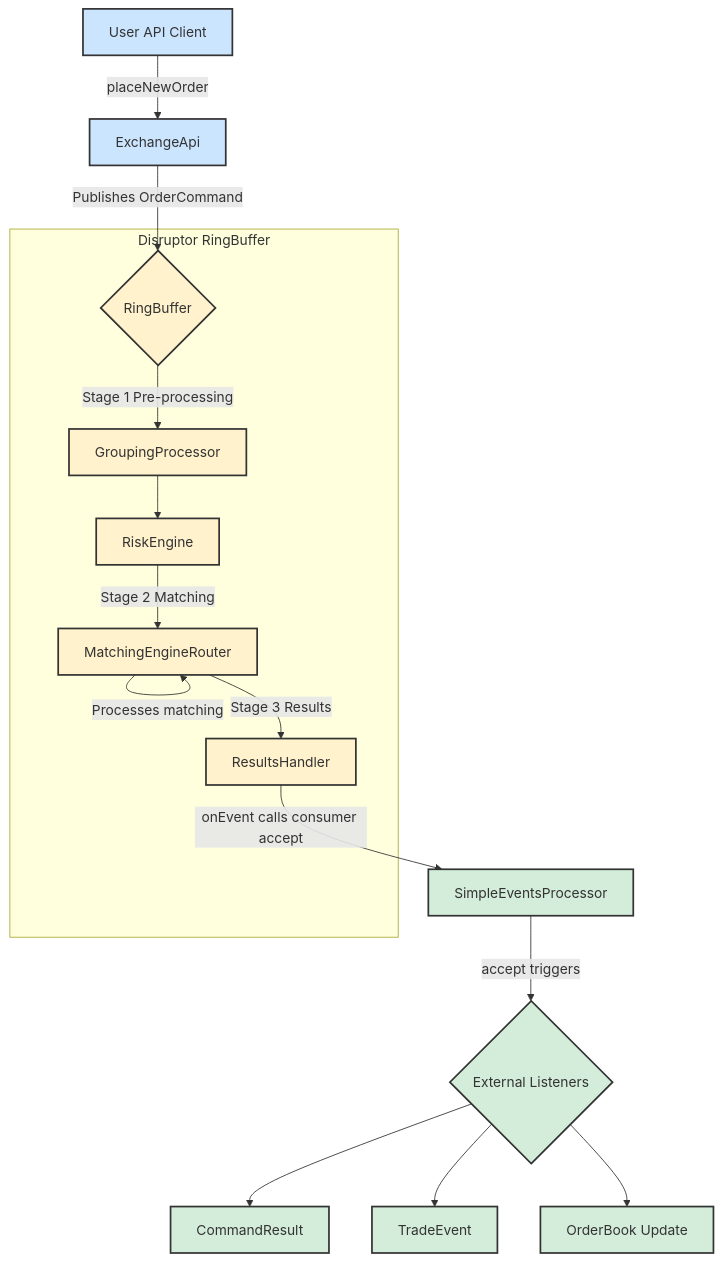
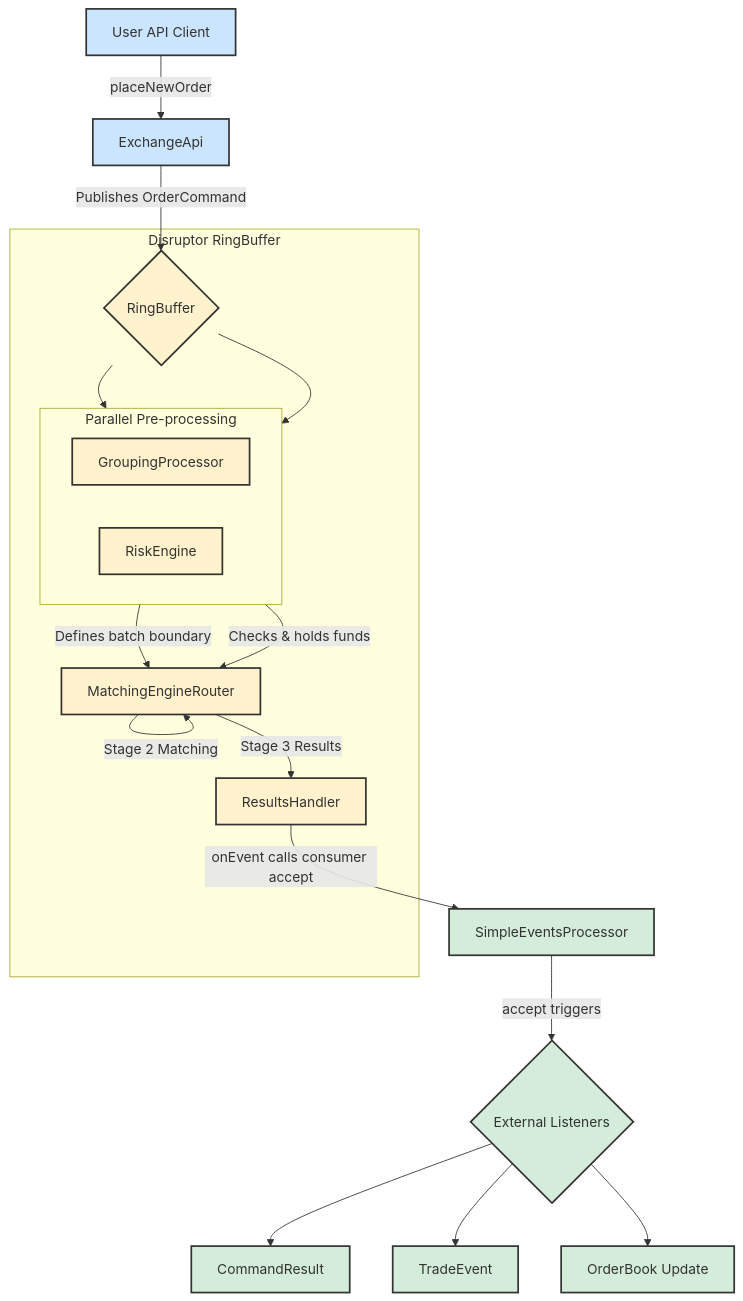
Before and after one commit to C18519898242/exchange-core: the diagram in ARCHITECTURE.md, drawn with Mermaid. The commit also changed other lines of this file and 1 other file, not shown here.

Commit message:
docs: Correct Stage 1 processors to show parallel execution

````diff
--- a/ARCHITECTURE.md
+++ b/ARCHITECTURE.md
@@ -9,53 +9,59 @@
 ```mermaid
 flowchart TD
     %% Client Nodes
     A[User API Client]
     B[ExchangeApi]
 
     %% Core Processing Subgraph
     subgraph Exchange Core [Disruptor RingBuffer]
         C{RingBuffer}
-        D[GroupingProcessor]
-        E[RiskEngine]
+        
+        subgraph Stage 1 [Parallel Pre-processing]
+            direction LR
+            D[GroupingProcessor]
+            E[RiskEngine]
+        end
+
         F[MatchingEngineRouter]
         G[ResultsHandler]
     end
 
     %% Event Handling Nodes
     H[SimpleEventsProcessor]
     I{External Listeners}
     I1[CommandResult]
     I2[TradeEvent]
     I3[OrderBook Update]
 
-    %% Links
+    %% Connections
     A -->|placeNewOrder| B;
     B -->|Publishes OrderCommand| C;
-    C -->|Stage 1 Pre-processing| D;
-    D --> E;
-    E -->|Stage 2 Matching| F;
-    F -->|Processes matching| F;
+    C --> D;
+    C --> E;
+    D -->|Defines batch boundary| F;
+    E -->|Checks & holds funds| F;
+    F -->|Stage 2 Matching| F;
     F -->|Stage 3 Results| G;
     G -->|onEvent calls consumer accept| H;
     H -->|accept triggers| I;
     I --> I1;
     I --> I2;
     I --> I3;
 
-    %% Styling for Visual Grouping
+    %% Style Definitions
     classDef client fill:#cce5ff,stroke:#333,stroke-width:2px;
     classDef core fill:#fff2cc,stroke:#333,stroke-width:2px;
     classDef handling fill:#d4edda,stroke:#333,stroke-width:2px;
 
     class A,B client;
     class C,D,E,F,G core;
     class H,I,I1,I2,I3 handling;
 
     %% Clickable Links to Source Code
     click B "https://github.com/C18519898242/exchange-core/blob/master/src/main/java/exchange/core2/core/ExchangeApi.java" "Open ExchangeApi.java" _blank
     click D "https://github.com/C18519898242/exchange-core/blob/master/src/main/java/exchange/core2/core/processors/GroupingProcessor.java" "Open GroupingProcessor.java" _blank
     click E "https://github.com/C18519898242/exchange-core/blob/master/src/main/java/exchange/core2/core/processors/RiskEngine.java" "Open RiskEngine.java" _blank
     click F "https://github.com/C18519898242/exchange-core/blob/master/src/main/java/exchange/core2/core/processors/MatchingEngineRouter.java" "Open MatchingEngineRouter.java" _blank
     click G "https://github.com/C18519898242/exchange-core/blob/master/src/main/java/exchange/core2/core/processors/ResultsHandler.java" "Open ResultsHandler.java" _blank
     click H "https://github.com/C18519898242/exchange-core/blob/master/src/main/java/exchange/core2/core/SimpleEventsProcessor.java" "Open SimpleEventsProcessor.java" _blank
 ```
````
